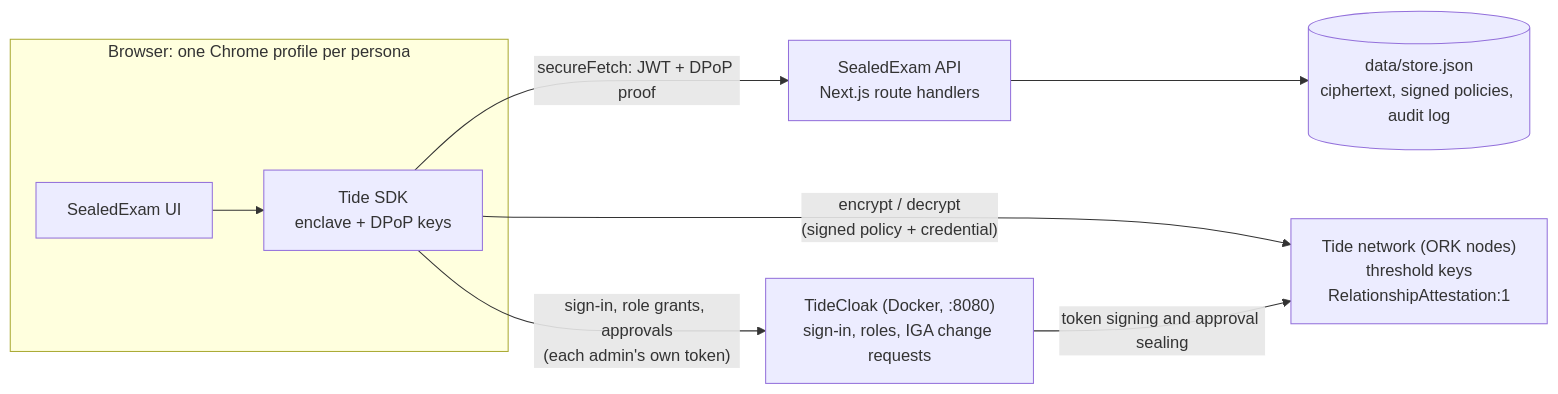
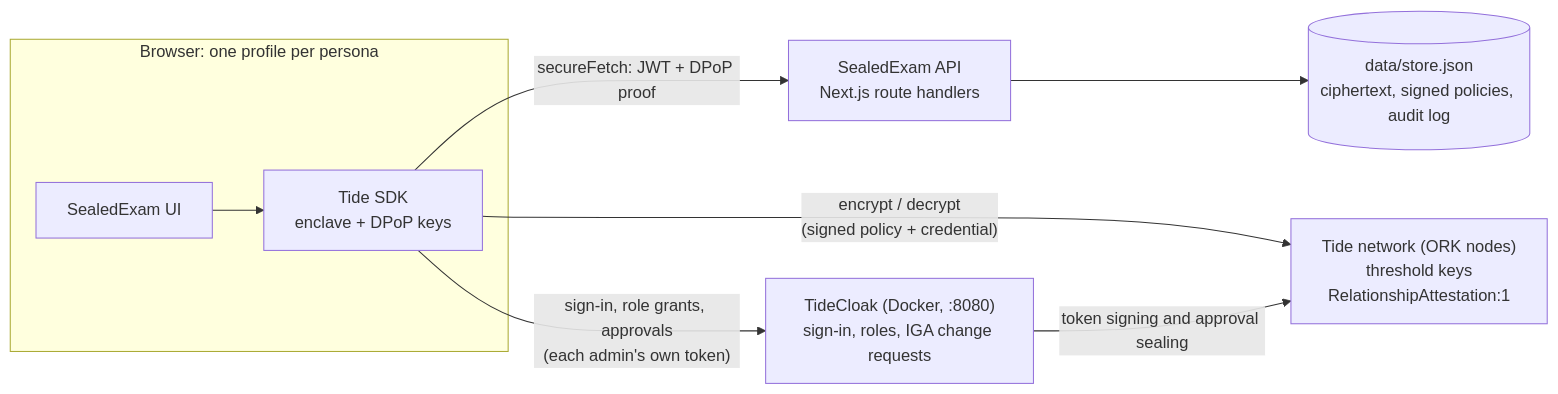
Before and after one commit to TienLe-0207/RMIT_SGS_TungTungTungSahur_C2: the first of 2 diagrams in README.md, drawn with Mermaid. The commit also changed other lines of this file and 4 other files, not shown here.

````diff
--- a/README.md
+++ b/README.md
@@ -30,18 +43,18 @@
 ```mermaid
 flowchart LR
-  subgraph B["Browser: one Chrome profile per persona"]
+  subgraph B["Browser: one profile per persona"]
     UI["SealedExam UI"]
     SDK["Tide SDK<br/>enclave + DPoP keys"]
   end
   API["SealedExam API<br/>Next.js route handlers"]
   STORE[("data/store.json<br/>ciphertext, signed policies, audit log")]
   TC["TideCloak (Docker, :8080)<br/>sign-in, roles, IGA change requests"]
   ORK["Tide network (ORK nodes)<br/>threshold keys<br/>RelationshipAttestation:1"]
 
   UI --> SDK
   SDK -- "secureFetch: JWT + DPoP proof" --> API
   API --> STORE
   SDK -- "sign-in, role grants, approvals<br/>(each admin's own token)" --> TC
   SDK -- "encrypt / decrypt<br/>(signed policy + credential)" --> ORK
   TC -- "token signing and approval sealing" --> ORK
 ```
````
